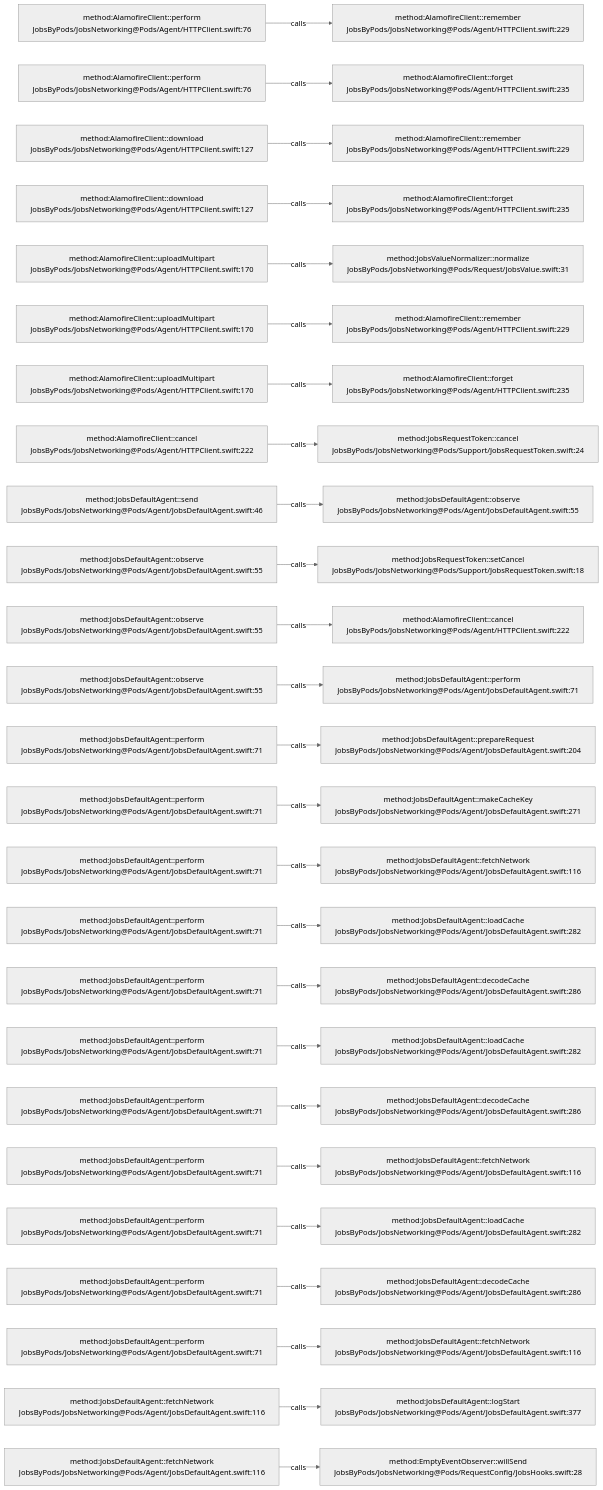
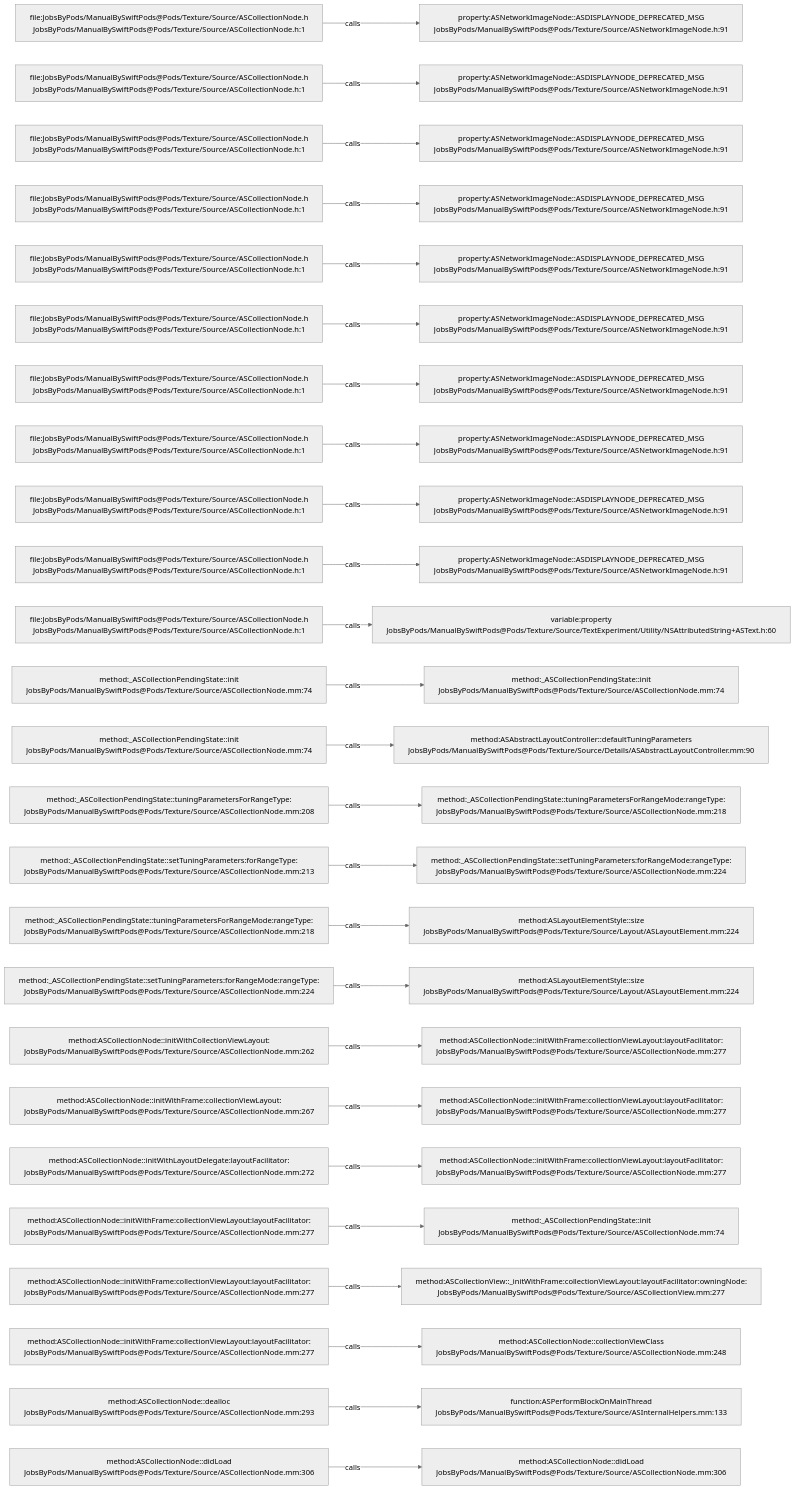
The diagram in .codegraph/codegraph.md/graphs/calls-007.md (JobsKits/JobsSwiftBaseConfigDemo), drawn with Mermaid (neutral theme) before and after one commit. The commit also changed 832 other files, not shown here.

````diff
--- a/.codegraph/codegraph.md/graphs/calls-007.md
+++ b/.codegraph/codegraph.md/graphs/calls-007.md
@@ -13,78 +13,78 @@
 ```mermaid
 flowchart LR
-  S1["method:AlamofireClient::perform<br/>JobsByPods/JobsNetworking@Pods/Agent/HTTPClient.swift:76"]
-  T1["method:AlamofireClient::remember<br/>JobsByPods/JobsNetworking@Pods/Agent/HTTPClient.swift:229"]
+  S1["file:JobsByPods/ManualBySwiftPods@Pods/Texture/Source/ASCollectionNode.h<br/>JobsByPods/ManualBySwiftPods@Pods/Texture/Source/ASCollectionNode.h:1"]
+  T1["property:ASNetworkImageNode::ASDISPLAYNODE_DEPRECATED_MSG<br/>JobsByPods/ManualBySwiftPods@Pods/Texture/Source/ASNetworkImageNode.h:91"]
   S1 -->|calls| T1
-  S2["method:AlamofireClient::perform<br/>JobsByPods/JobsNetworking@Pods/Agent/HTTPClient.swift:76"]
-  T2["method:AlamofireClient::forget<br/>JobsByPods/JobsNetworking@Pods/Agent/HTTPClient.swift:235"]
+  S2["file:JobsByPods/ManualBySwiftPods@Pods/Texture/Source/ASCollectionNode.h<br/>JobsByPods/ManualBySwiftPods@Pods/Texture/Source/ASCollectionNode.h:1"]
+  T2["property:ASNetworkImageNode::ASDISPLAYNODE_DEPRECATED_MSG<br/>JobsByPods/ManualBySwiftPods@Pods/Texture/Source/ASNetworkImageNode.h:91"]
   S2 -->|calls| T2
-  S3["method:AlamofireClient::download<br/>JobsByPods/JobsNetworking@Pods/Agent/HTTPClient.swift:127"]
-  T3["method:AlamofireClient::remember<br/>JobsByPods/JobsNetworking@Pods/Agent/HTTPClient.swift:229"]
+  S3["file:JobsByPods/ManualBySwiftPods@Pods/Texture/Source/ASCollectionNode.h<br/>JobsByPods/ManualBySwiftPods@Pods/Texture/Source/ASCollectionNode.h:1"]
+  T3["property:ASNetworkImageNode::ASDISPLAYNODE_DEPRECATED_MSG<br/>JobsByPods/ManualBySwiftPods@Pods/Texture/Source/ASNetworkImageNode.h:91"]
   S3 -->|calls| T3
-  S4["method:AlamofireClient::download<br/>JobsByPods/JobsNetworking@Pods/Agent/HTTPClient.swift:127"]
-  T4["method:AlamofireClient::forget<br/>JobsByPods/JobsNetworking@Pods/Agent/HTTPClient.swift:235"]
+  S4["file:JobsByPods/ManualBySwiftPods@Pods/Texture/Source/ASCollectionNode.h<br/>JobsByPods/ManualBySwiftPods@Pods/Texture/Source/ASCollectionNode.h:1"]
+  T4["property:ASNetworkImageNode::ASDISPLAYNODE_DEPRECATED_MSG<br/>JobsByPods/ManualBySwiftPods@Pods/Texture/Source/ASNetworkImageNode.h:91"]
   S4 -->|calls| T4
-  S5["method:AlamofireClient::uploadMultipart<br/>JobsByPods/JobsNetworking@Pods/Agent/HTTPClient.swift:170"]
-  T5["method:JobsValueNormalizer::normalize<br/>JobsByPods/JobsNetworking@Pods/Request/JobsValue.swift:31"]
+  S5["file:JobsByPods/ManualBySwiftPods@Pods/Texture/Source/ASCollectionNode.h<br/>JobsByPods/ManualBySwiftPods@Pods/Texture/Source/ASCollectionNode.h:1"]
+  T5["property:ASNetworkImageNode::ASDISPLAYNODE_DEPRECATED_MSG<br/>JobsByPods/ManualBySwiftPods@Pods/Texture/Source/ASNetworkImageNode.h:91"]
   S5 -->|calls| T5
-  S6["method:AlamofireClient::uploadMultipart<br/>JobsByPods/JobsNetworking@Pods/Agent/HTTPClient.swift:170"]
-  T6["method:AlamofireClient::remember<br/>JobsByPods/JobsNetworking@Pods/Agent/HTTPClient.swift:229"]
+  S6["file:JobsByPods/ManualBySwiftPods@Pods/Texture/Source/ASCollectionNode.h<br/>JobsByPods/ManualBySwiftPods@Pods/Texture/Source/ASCollectionNode.h:1"]
+  T6["property:ASNetworkImageNode::ASDISPLAYNODE_DEPRECATED_MSG<br/>JobsByPods/ManualBySwiftPods@Pods/Texture/Source/ASNetworkImageNode.h:91"]
   S6 -->|calls| T6
-  S7["method:AlamofireClient::uploadMultipart<br/>JobsByPods/JobsNetworking@Pods/Agent/HTTPClient.swift:170"]
-  T7["method:AlamofireClient::forget<br/>JobsByPods/JobsNetworking@Pods/Agent/HTTPClient.swift:235"]
+  S7["file:JobsByPods/ManualBySwiftPods@Pods/Texture/Source/ASCollectionNode.h<br/>JobsByPods/ManualBySwiftPods@Pods/Texture/Source/ASCollectionNode.h:1"]
+  T7["property:ASNetworkImageNode::ASDISPLAYNODE_DEPRECATED_MSG<br/>JobsByPods/ManualBySwiftPods@Pods/Texture/Source/ASNetworkImageNode.h:91"]
   S7 -->|calls| T7
-  S8["method:AlamofireClient::cancel<br/>JobsByPods/JobsNetworking@Pods/Agent/HTTPClient.swift:222"]
-  T8["method:JobsRequestToken::cancel<br/>JobsByPods/JobsNetworking@Pods/Support/JobsRequestToken.swift:24"]
+  S8["file:JobsByPods/ManualBySwiftPods@Pods/Texture/Source/ASCollectionNode.h<br/>JobsByPods/ManualBySwiftPods@Pods/Texture/Source/ASCollectionNode.h:1"]
+  T8["property:ASNetworkImageNode::ASDISPLAYNODE_DEPRECATED_MSG<br/>JobsByPods/ManualBySwiftPods@Pods/Texture/Source/ASNetworkImageNode.h:91"]
   S8 -->|calls| T8
-  S9["method:JobsDefaultAgent::send<br/>JobsByPods/JobsNetworking@Pods/Agent/JobsDefaultAgent.swift:46"]
-  T9["method:JobsDefaultAgent::observe<br/>JobsByPods/JobsNetworking@Pods/Agent/JobsDefaultAgent.swift:55"]
+  S9["file:JobsByPods/ManualBySwiftPods@Pods/Texture/Source/ASCollectionNode.h<br/>JobsByPods/ManualBySwiftPods@Pods/Texture/Source/ASCollectionNode.h:1"]
+  T9["property:ASNetworkImageNode::ASDISPLAYNODE_DEPRECATED_MSG<br/>JobsByPods/ManualBySwiftPods@Pods/Texture/Source/ASNetworkImageNode.h:91"]
   S9 -->|calls| T9
-  S10["method:JobsDefaultAgent::observe<br/>JobsByPods/JobsNetworking@Pods/Agent/JobsDefaultAgent.swift:55"]
-  T10["method:JobsRequestToken::setCancel<br/>JobsByPods/JobsNetworking@Pods/Support/JobsRequestToken.swift:18"]
+  S10["file:JobsByPods/ManualBySwiftPods@Pods/Texture/Source/ASCollectionNode.h<br/>JobsByPods/ManualBySwiftPods@Pods/Texture/Source/ASCollectionNode.h:1"]
+  T10["property:ASNetworkImageNode::ASDISPLAYNODE_DEPRECATED_MSG<br/>JobsByPods/ManualBySwiftPods@Pods/Texture/Source/ASNetworkImageNode.h:91"]
   S10 -->|calls| T10
-  S11["method:JobsDefaultAgent::observe<br/>JobsByPods/JobsNetworking@Pods/Agent/JobsDefaultAgent.swift:55"]
-  T11["method:AlamofireClient::cancel<br/>JobsByPods/JobsNetworking@Pods/Agent/HTTPClient.swift:222"]
+  S11["file:JobsByPods/ManualBySwiftPods@Pods/Texture/Source/ASCollectionNode.h<br/>JobsByPods/ManualBySwiftPods@Pods/Texture/Source/ASCollectionNode.h:1"]
+  T11["variable:property<br/>JobsByPods/ManualBySwiftPods@Pods/Texture/Source/TextExperiment/Utility/NSAttributedString+ASText.h:60"]
   S11 -->|calls| T11
-  S12["method:JobsDefaultAgent::observe<br/>JobsByPods/JobsNetworking@Pods/Agent/JobsDefaultAgent.swift:55"]
-  T12["method:JobsDefaultAgent::perform<br/>JobsByPods/JobsNetworking@Pods/Agent/JobsDefaultAgent.swift:71"]
+  S12["method:_ASCollectionPendingState::init<br/>JobsByPods/ManualBySwiftPods@Pods/Texture/Source/ASCollectionNode.mm:74"]
+  T12["method:_ASCollectionPendingState::init<br/>JobsByPods/ManualBySwiftPods@Pods/Texture/Source/ASCollectionNode.mm:74"]
   S12 -->|calls| T12
-  S13["method:JobsDefaultAgent::perform<br/>JobsByPods/JobsNetworking@Pods/Agent/JobsDefaultAgent.swift:71"]
-  T13["method:JobsDefaultAgent::prepareRequest<br/>JobsByPods/JobsNetworking@Pods/Agent/JobsDefaultAgent.swift:204"]
+  S13["method:_ASCollectionPendingState::init<br/>JobsByPods/ManualBySwiftPods@Pods/Texture/Source/ASCollectionNode.mm:74"]
+  T13["method:ASAbstractLayoutController::defaultTuningParameters<br/>JobsByPods/ManualBySwiftPods@Pods/Texture/Source/Details/ASAbstractLayoutController.mm:90"]
   S13 -->|calls| T13
-  S14["method:JobsDefaultAgent::perform<br/>JobsByPods/JobsNetworking@Pods/Agent/JobsDefaultAgent.swift:71"]
-  T14["method:JobsDefaultAgent::makeCacheKey<br/>JobsByPods/JobsNetworking@Pods/Agent/JobsDefaultAgent.swift:271"]
+  S14["method:_ASCollectionPendingState::tuningParametersForRangeType:<br/>JobsByPods/ManualBySwiftPods@Pods/Texture/Source/ASCollectionNode.mm:208"]
+  T14["method:_ASCollectionPendingState::tuningParametersForRangeMode:rangeType:<br/>JobsByPods/ManualBySwiftPods@Pods/Texture/Source/ASCollectionNode.mm:218"]
   S14 -->|calls| T14
-  S15["method:JobsDefaultAgent::perform<br/>JobsByPods/JobsNetworking@Pods/Agent/JobsDefaultAgent.swift:71"]
-  T15["method:JobsDefaultAgent::fetchNetwork<br/>JobsByPods/JobsNetworking@Pods/Agent/JobsDefaultAgent.swift:116"]
+  S15["method:_ASCollectionPendingState::setTuningParameters:forRangeType:<br/>JobsByPods/ManualBySwiftPods@Pods/Texture/Source/ASCollectionNode.mm:213"]
+  T15["method:_ASCollectionPendingState::setTuningParameters:forRangeMode:rangeType:<br/>JobsByPods/ManualBySwiftPods@Pods/Texture/Source/ASCollectionNode.mm:224"]
   S15 -->|calls| T15
-  S16["method:JobsDefaultAgent::perform<br/>JobsByPods/JobsNetworking@Pods/Agent/JobsDefaultAgent.swift:71"]
-  T16["method:JobsDefaultAgent::loadCache<br/>JobsByPods/JobsNetworking@Pods/Agent/JobsDefaultAgent.swift:282"]
+  S16["method:_ASCollectionPendingState::tuningParametersForRangeMode:rangeType:<br/>JobsByPods/ManualBySwiftPods@Pods/Texture/Source/ASCollectionNode.mm:218"]
+  T16["method:ASLayoutElementStyle::size<br/>JobsByPods/ManualBySwiftPods@Pods/Texture/Source/Layout/ASLayoutElement.mm:224"]
   S16 -->|calls| T16
-  S17["method:JobsDefaultAgent::perform<br/>JobsByPods/JobsNetworking@Pods/Agent/JobsDefaultAgent.swift:71"]
-  T17["method:JobsDefaultAgent::decodeCache<br/>JobsByPods/JobsNetworking@Pods/Agent/JobsDefaultAgent.swift:286"]
+  S17["method:_ASCollectionPendingState::setTuningParameters:forRangeMode:rangeType:<br/>JobsByPods/ManualBySwiftPods@Pods/Texture/Source/ASCollectionNode.mm:224"]
+  T17["method:ASLayoutElementStyle::size<br/>JobsByPods/ManualBySwiftPods@Pods/Texture/Source/Layout/ASLayoutElement.mm:224"]
   S17 -->|calls| T17
-  S18["method:JobsDefaultAgent::perform<br/>JobsByPods/JobsNetworking@Pods/Agent/JobsDefaultAgent.swift:71"]
-  T18["method:JobsDefaultAgent::loadCache<br/>JobsByPods/JobsNetworking@Pods/Agent/JobsDefaultAgent.swift:282"]
+  S18["method:ASCollectionNode::initWithCollectionViewLayout:<br/>JobsByPods/ManualBySwiftPods@Pods/Texture/Source/ASCollectionNode.mm:262"]
+  T18["method:ASCollectionNode::initWithFrame:collectionViewLayout:layoutFacilitator:<br/>JobsByPods/ManualBySwiftPods@Pods/Texture/Source/ASCollectionNode.mm:277"]
   S18 -->|calls| T18
-  S19["method:JobsDefaultAgent::perform<br/>JobsByPods/JobsNetworking@Pods/Agent/JobsDefaultAgent.swift:71"]
-  T19["method:JobsDefaultAgent::decodeCache<br/>JobsByPods/JobsNetworking@Pods/Agent/JobsDefaultAgent.swift:286"]
+  S19["method:ASCollectionNode::initWithFrame:collectionViewLayout:<br/>JobsByPods/ManualBySwiftPods@Pods/Texture/Source/ASCollectionNode.mm:267"]
+  T19["method:ASCollectionNode::initWithFrame:collectionViewLayout:layoutFacilitator:<br/>JobsByPods/ManualBySwiftPods@Pods/Texture/Source/ASCollectionNode.mm:277"]
   S19 -->|calls| T19
-  S20["method:JobsDefaultAgent::perform<br/>JobsByPods/JobsNetworking@Pods/Agent/JobsDefaultAgent.swift:71"]
-  T20["method:JobsDefaultAgent::fetchNetwork<br/>JobsByPods/JobsNetworking@Pods/Agent/JobsDefaultAgent.swift:116"]
+  S20["method:ASCollectionNode::initWithLayoutDelegate:layoutFacilitator:<br/>JobsByPods/ManualBySwiftPods@Pods/Texture/Source/ASCollectionNode.mm:272"]
+  T20["method:ASCollectionNode::initWithFrame:collectionViewLayout:layoutFacilitator:<br/>JobsByPods/ManualBySwiftPods@Pods/Texture/Source/ASCollectionNode.mm:277"]
   S20 -->|calls| T20
-  S21["method:JobsDefaultAgent::perform<br/>JobsByPods/JobsNetworking@Pods/Agent/JobsDefaultAgent.swift:71"]
-  T21["method:JobsDefaultAgent::loadCache<br/>JobsByPods/JobsNetworking@Pods/Agent/JobsDefaultAgent.swift:282"]
+  S21["method:ASCollectionNode::initWithFrame:collectionViewLayout:layoutFacilitator:<br/>JobsByPods/ManualBySwiftPods@Pods/Texture/Source/ASCollectionNode.mm:277"]
+  T21["method:_ASCollectionPendingState::init<br/>JobsByPods/ManualBySwiftPods@Pods/Texture/Source/ASCollectionNode.mm:74"]
   S21 -->|calls| T21
-  S22["method:JobsDefaultAgent::perform<br/>JobsByPods/JobsNetworking@Pods/Agent/JobsDefaultAgent.swift:71"]
-  T22["method:JobsDefaultAgent::decodeCache<br/>JobsByPods/JobsNetworking@Pods/Agent/JobsDefaultAgent.swift:286"]
+  S22["method:ASCollectionNode::initWithFrame:collectionViewLayout:layoutFacilitator:<br/>JobsByPods/ManualBySwiftPods@Pods/Texture/Source/ASCollectionNode.mm:277"]
+  T22["method:ASCollectionView::_initWithFrame:collectionViewLayout:layoutFacilitator:owningNode:<br/>JobsByPods/ManualBySwiftPods@Pods/Texture/Source/ASCollectionView.mm:277"]
   S22 -->|calls| T22
-  S23["method:JobsDefaultAgent::perform<br/>JobsByPods/JobsNetworking@Pods/Agent/JobsDefaultAgent.swift:71"]
-  T23["method:JobsDefaultAgent::fetchNetwork<br/>JobsByPods/JobsNetworking@Pods/Agent/JobsDefaultAgent.swift:116"]
+  S23["method:ASCollectionNode::initWithFrame:collectionViewLayout:layoutFacilitator:<br/>JobsByPods/ManualBySwiftPods@Pods/Texture/Source/ASCollectionNode.mm:277"]
+  T23["method:ASCollectionNode::collectionViewClass<br/>JobsByPods/ManualBySwiftPods@Pods/Texture/Source/ASCollectionNode.mm:248"]
   S23 -->|calls| T23
-  S24["method:JobsDefaultAgent::fetchNetwork<br/>JobsByPods/JobsNetworking@Pods/Agent/JobsDefaultAgent.swift:116"]
-  T24["method:JobsDefaultAgent::logStart<br/>JobsByPods/JobsNetworking@Pods/Agent/JobsDefaultAgent.swift:377"]
+  S24["method:ASCollectionNode::dealloc<br/>JobsByPods/ManualBySwiftPods@Pods/Texture/Source/ASCollectionNode.mm:293"]
+  T24["function:ASPerformBlockOnMainThread<br/>JobsByPods/ManualBySwiftPods@Pods/Texture/Source/ASInternalHelpers.mm:133"]
   S24 -->|calls| T24
-  S25["method:JobsDefaultAgent::fetchNetwork<br/>JobsByPods/JobsNetworking@Pods/Agent/JobsDefaultAgent.swift:116"]
-  T25["method:EmptyEventObserver::willSend<br/>JobsByPods/JobsNetworking@Pods/RequestConfig/JobsHooks.swift:28"]
+  S25["method:ASCollectionNode::didLoad<br/>JobsByPods/ManualBySwiftPods@Pods/Texture/Source/ASCollectionNode.mm:306"]
+  T25["method:ASCollectionNode::didLoad<br/>JobsByPods/ManualBySwiftPods@Pods/Texture/Source/ASCollectionNode.mm:306"]
   S25 -->|calls| T25
 ```
````
